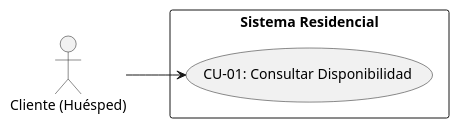
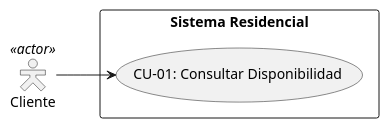
One commit to Tsmrain/GestionSistemas changed the first of 36 diagrams in RefactorV4.md. Above: the diagram before and after it, drawn with PlantUML. The commit also changed other lines of this file and 1 other file, not shown here.

Commit message:
refactor: enhance UML diagrams with GRASP stereotypes, layer annotations, and updated sequence interactions.

````diff
--- a/RefactorV4.md
+++ b/RefactorV4.md
@@ -356,10 +356,11 @@
 ```plantuml
 @startuml
 left to right direction
-actor "Cliente (Huésped)" as Cliente
+skinparam actorStyle hollow
+actor "Cliente" as Cliente <<actor>>
 rectangle "Sistema Residencial" {
   usecase "CU-01: Consultar Disponibilidad" as CU01
 }
 Cliente --> CU01
 @enduml
 ```
````
